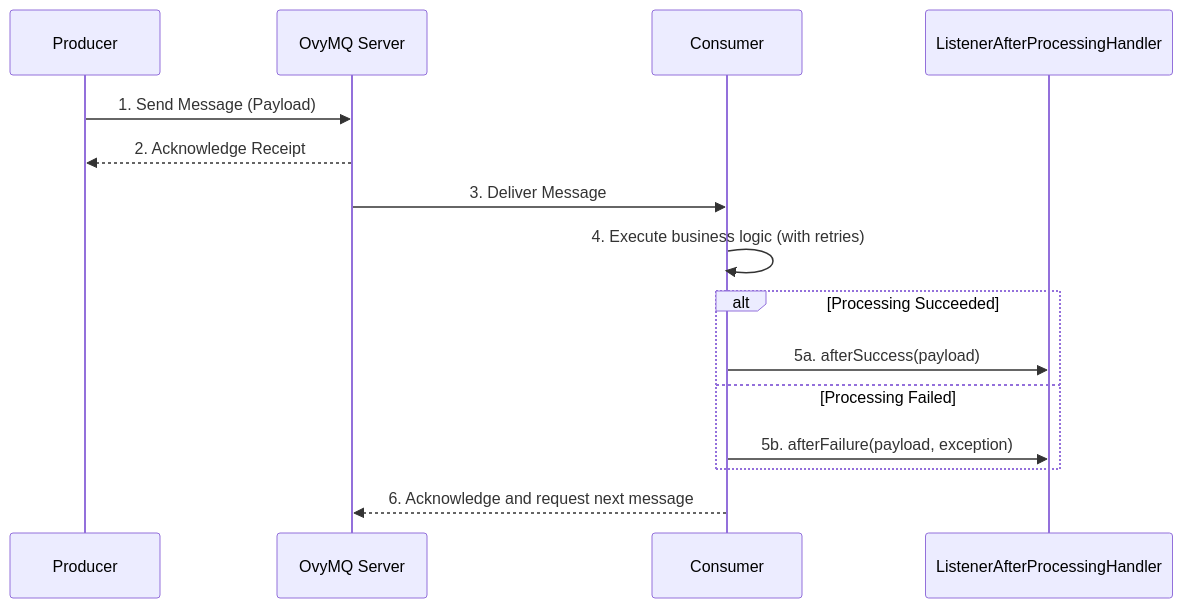
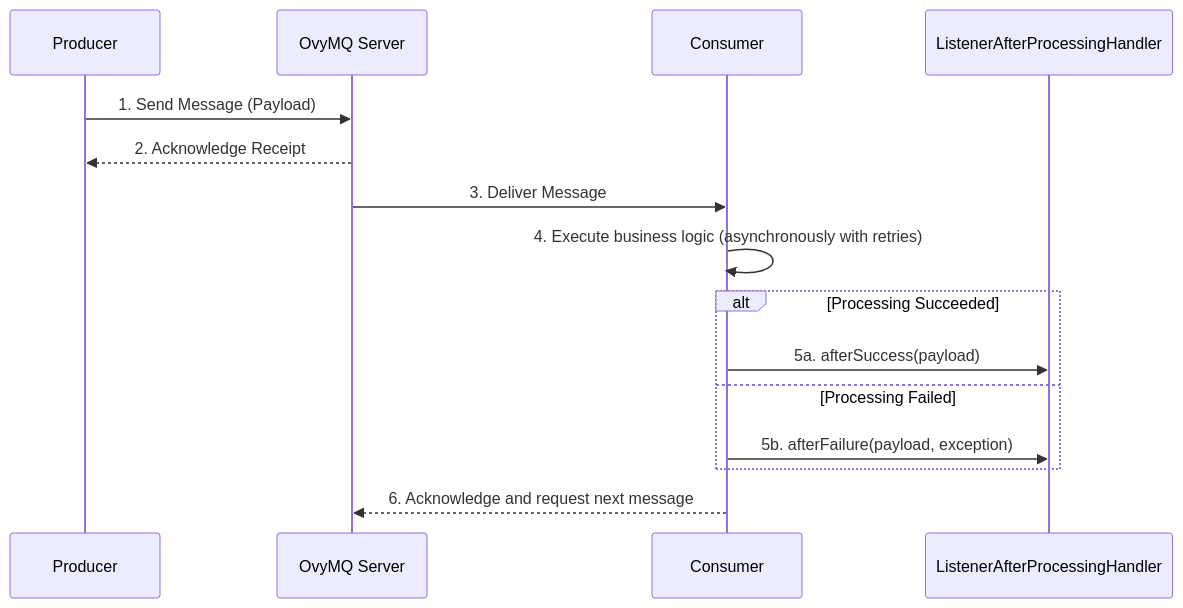
The first of 6 diagrams in README.md (jotabrc/ovy_mq), drawn with Mermaid before and after one commit. The commit also changed other lines of this file, not shown here.

````diff
--- a/README.md
+++ b/README.md
@@ -81,18 +82,18 @@
 ```mermaid
 sequenceDiagram
     participant Producer
     participant OvyMQ Server
     participant Consumer
     participant ListenerAfterProcessingHandler
 
     Producer->>OvyMQ Server: 1. Send Message (Payload)
     OvyMQ Server-->>Producer: 2. Acknowledge Receipt
     OvyMQ Server->>Consumer: 3. Deliver Message
-    Consumer->>Consumer: 4. Execute business logic (with retries)
+    Consumer->>Consumer: 4. Execute business logic (asynchronously with retries)
     alt Processing Succeeded
         Consumer->>ListenerAfterProcessingHandler: 5a. afterSuccess(payload)
     else Processing Failed
         Consumer->>ListenerAfterProcessingHandler: 5b. afterFailure(payload, exception)
     end
     Consumer-->>OvyMQ Server: 6. Acknowledge and request next message
 ```
````
